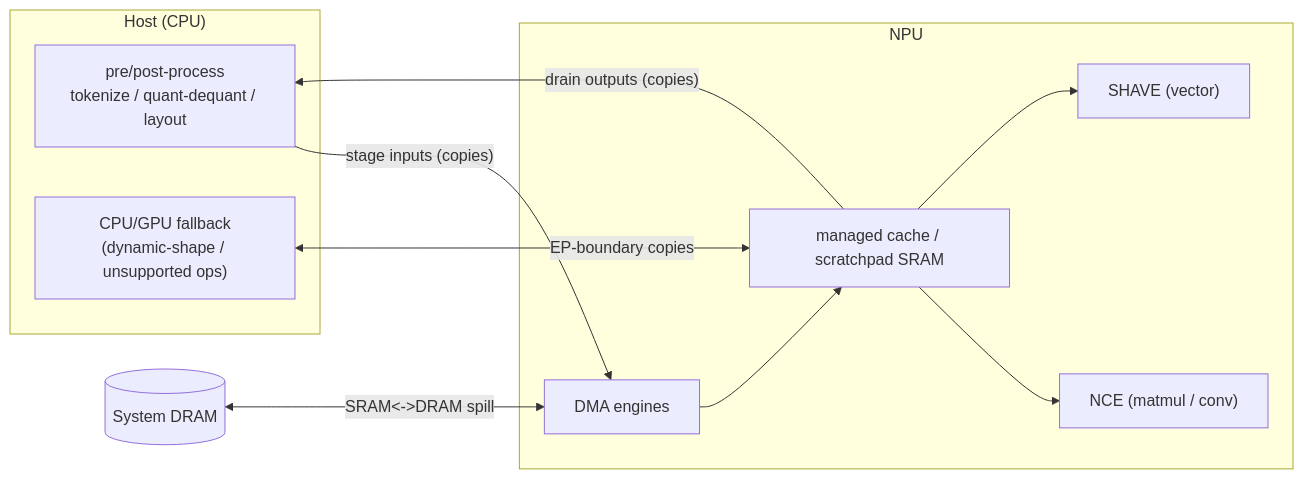
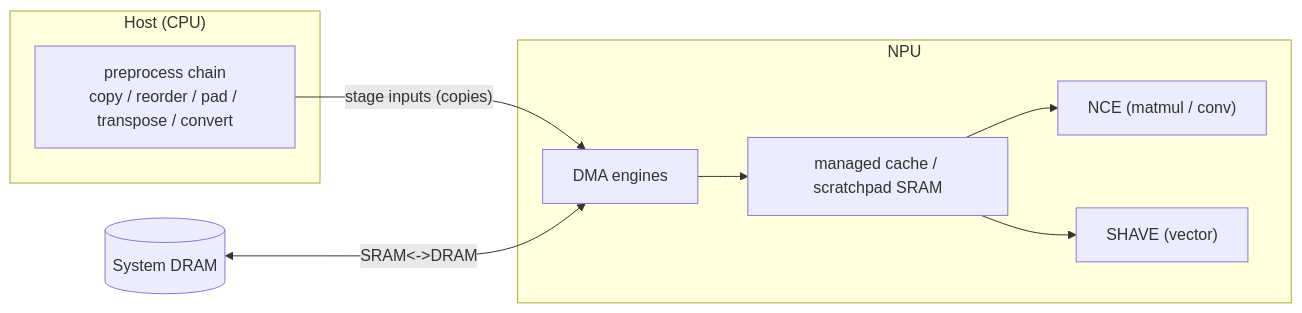
One commit to fantops/silicon-val-prep changed the first of 2 diagrams in dsa-val/research/proposal_npu_dsa_mover.md. Above: the diagram before and after it, drawn with Mermaid. The commit also changed other lines of this file, not shown here.

````diff
--- a/dsa-val/research/proposal_npu_dsa_mover.md
+++ b/dsa-val/research/proposal_npu_dsa_mover.md
@@ -81,16 +88,13 @@
 ```mermaid
 flowchart LR
   subgraph host["Host (CPU)"]
-    PRE["pre/post-process<br/>tokenize / quant-dequant / layout"]
-    FB["CPU/GPU fallback<br/>(dynamic-shape / unsupported ops)"]
+    PRE["preprocess chain<br/>copy / reorder / pad / transpose / convert"]
   end
   PRE -->|"stage inputs (copies)"| DMA
   subgraph NPUb["NPU"]
     DMA["DMA engines"] --> SRAM["managed cache / scratchpad SRAM"]
     SRAM --> NCE["NCE (matmul / conv)"]
     SRAM --> SHV["SHAVE (vector)"]
   end
-  DRAM[("System DRAM")] <-->|"SRAM<->DRAM spill"| DMA
-  SRAM -->|"drain outputs (copies)"| PRE
-  FB <-->|"EP-boundary copies"| SRAM
+  DRAM[("System DRAM")] <-->|"SRAM<->DRAM"| DMA
 ```
````
